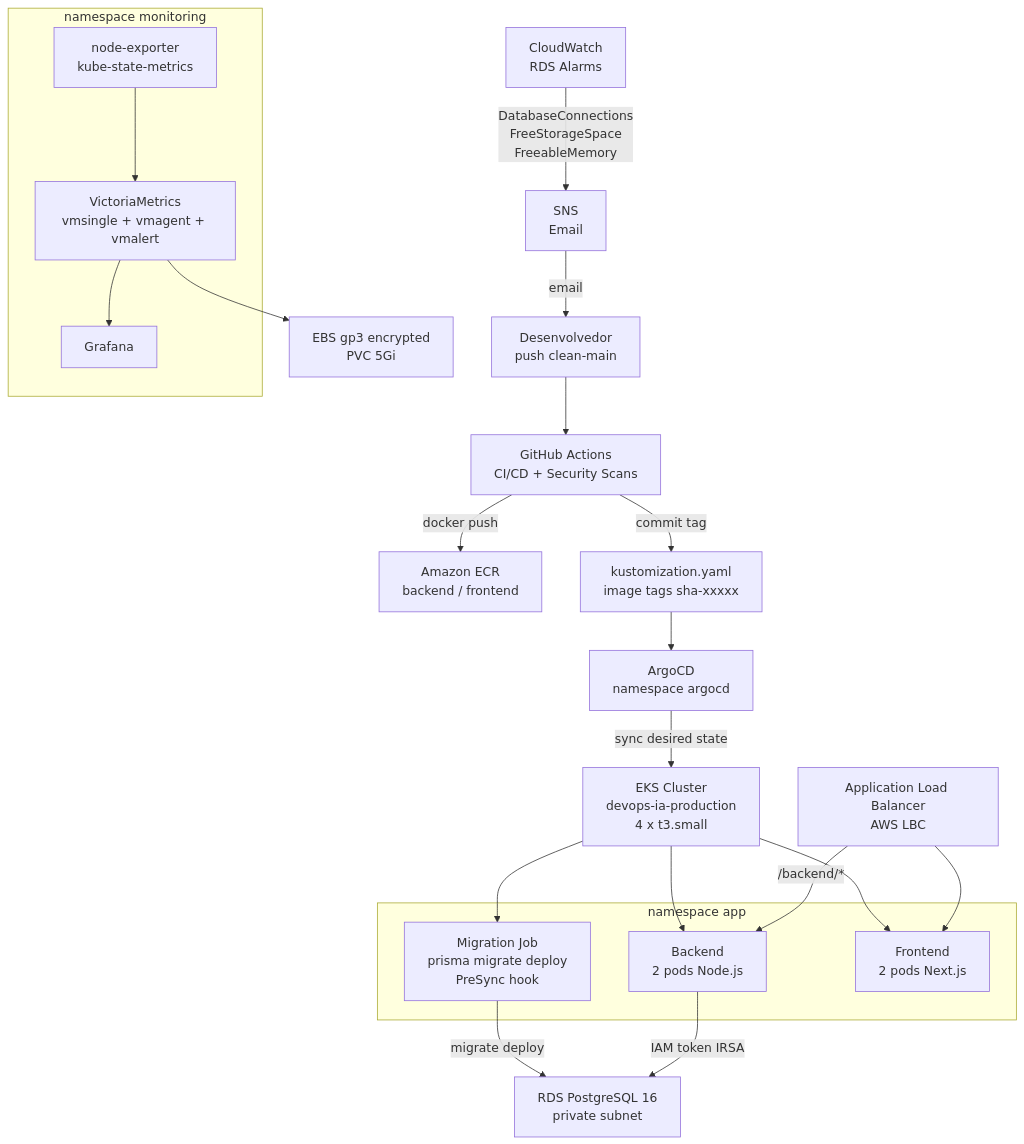
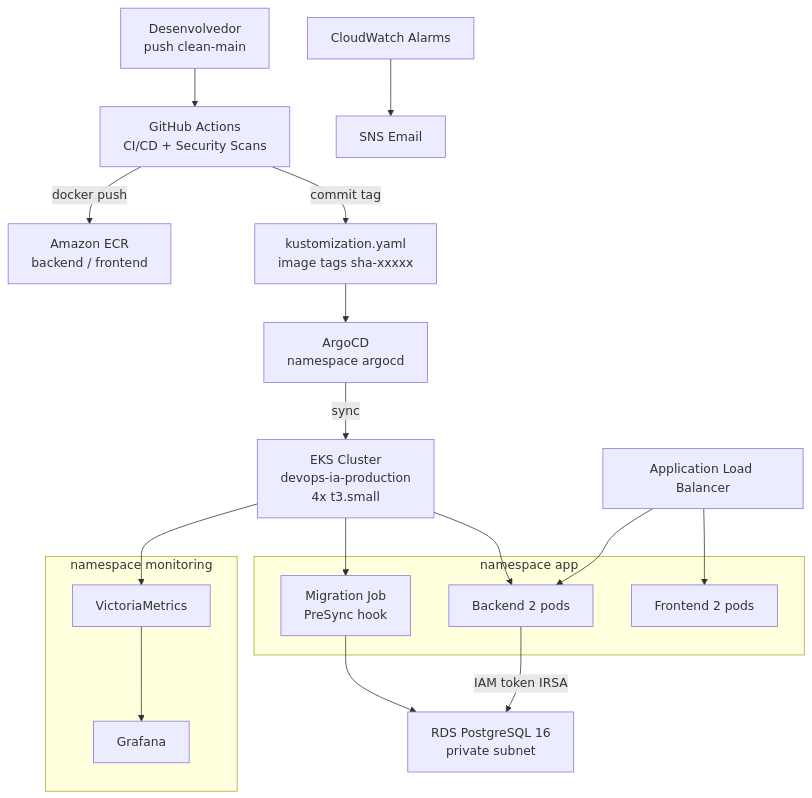
Before and after one commit to SalesFX/eks-sre-devops-platform: the diagram in README.md, drawn with Mermaid. The commit also changed other lines of this file and 5 other files, not shown here.

````diff
--- a/README.md
+++ b/README.md
@@ -31,46 +33,36 @@
 ```mermaid
 graph TD
     DEV[Desenvolvedor<br/>push clean-main]
     GHA[GitHub Actions<br/>CI/CD + Security Scans]
     ECR[Amazon ECR<br/>backend / frontend]
     KUST[kustomization.yaml<br/>image tags sha-xxxxx]
     ARGO[ArgoCD<br/>namespace argocd]
-    EKS[EKS Cluster<br/>devops-ia-production<br/>4 x t3.small]
+    EKS[EKS Cluster<br/>devops-ia-production<br/>4x t3.small]
 
     subgraph NS_APP[namespace app]
-        MIG[Migration Job<br/>prisma migrate deploy<br/>PreSync hook]
-        BE[Backend<br/>2 pods Node.js]
-        FE[Frontend<br/>2 pods Next.js]
+        MIG[Migration Job<br/>PreSync hook]
+        BE[Backend 2 pods]
+        FE[Frontend 2 pods]
     end
 
     RDS[RDS PostgreSQL 16<br/>private subnet]
-    ALB[Application Load Balancer<br/>AWS LBC]
-    CW[CloudWatch<br/>RDS Alarms]
-    SNS[SNS<br/>Email]
+    ALB[Application Load Balancer]
+    CW[CloudWatch Alarms]
+    SNS[SNS Email]
 
     subgraph NS_MON[namespace monitoring]
-        VM[VictoriaMetrics<br/>vmsingle + vmagent + vmalert]
+        VM[VictoriaMetrics]
         GF[Grafana]
-        NE[node-exporter<br/>kube-state-metrics]
     end
-
-    EBS[EBS gp3 encrypted<br/>PVC 5Gi]
 
     DEV --> GHA
     GHA -->|docker push| ECR
     GHA -->|commit tag| KUST
     KUST --> ARGO
-    ARGO -->|sync desired state| EKS
-    EKS --> MIG
-    MIG -->|migrate deploy| RDS
-    EKS --> BE
-    EKS --> FE
-    BE -->|IAM token IRSA| RDS
-    ALB --> FE
-    ALB -->|/backend/*| BE
-    CW -->|DatabaseConnections<br/>FreeStorageSpace<br/>FreeableMemory| SNS
-    SNS -->|email| DEV
-    NE --> VM
-    VM --> GF
-    VM --> EBS
+    ARGO -->|sync| EKS
+    EKS --> MIG --> RDS
+    EKS --> BE -->|IAM token IRSA| RDS
+    ALB --> FE & BE
+    CW --> SNS
+    EKS --> VM --> GF
 ```
````
